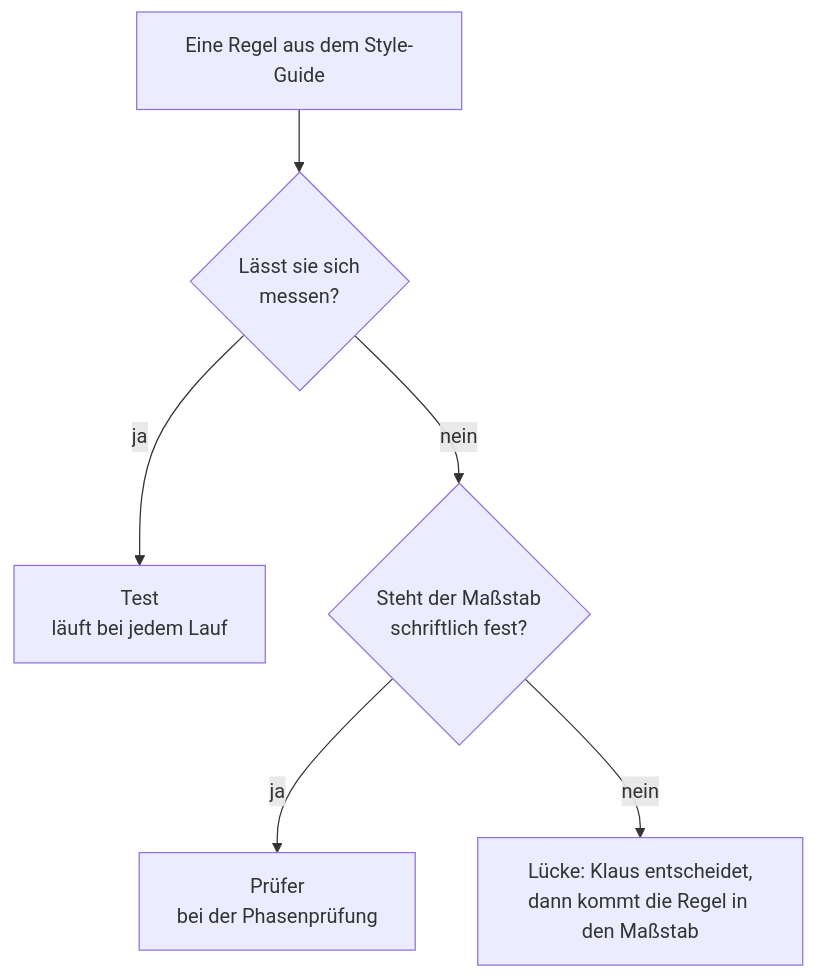
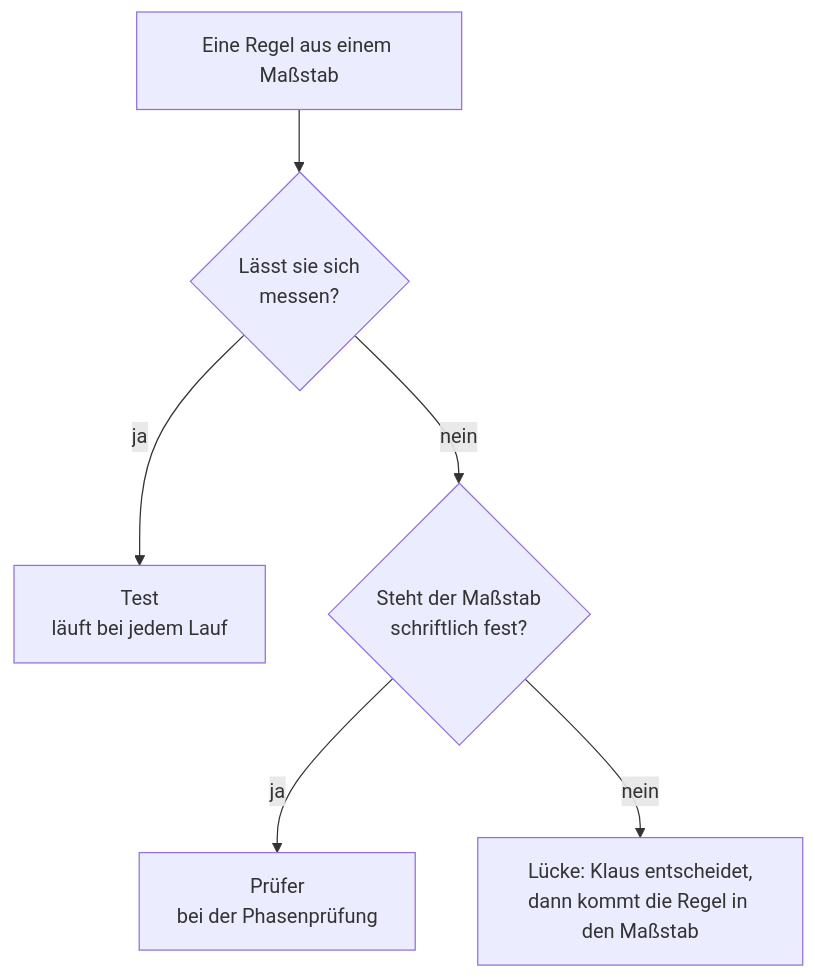
The first of 3 diagrams in docs/ki_workflow/ki_pruefung.md (klausmoster/DerComputerladen), drawn with Mermaid before and after one commit. The commit also changed other lines of this file and 21 other files, not shown here.

````diff
--- a/docs/ki_workflow/ki_pruefung.md
+++ b/docs/ki_workflow/ki_pruefung.md
@@ -77,8 +80,8 @@
 ```mermaid
 flowchart TD
-    R["Eine Regel aus dem Style-Guide"] --> M{"Lässt sie sich<br/>messen?"}
+    R["Eine Regel aus einem Maßstab"] --> M{"Lässt sie sich<br/>messen?"}
     M -->|"ja"| T["Test<br/>läuft bei jedem Lauf"]
     M -->|"nein"| Q{"Steht der Maßstab<br/>schriftlich fest?"}
     Q -->|"ja"| P["Prüfer<br/>bei der Phasenprüfung"]
     Q -->|"nein"| L["Lücke: Klaus entscheidet,<br/>dann kommt die Regel in den Maßstab"]
 ```
````
